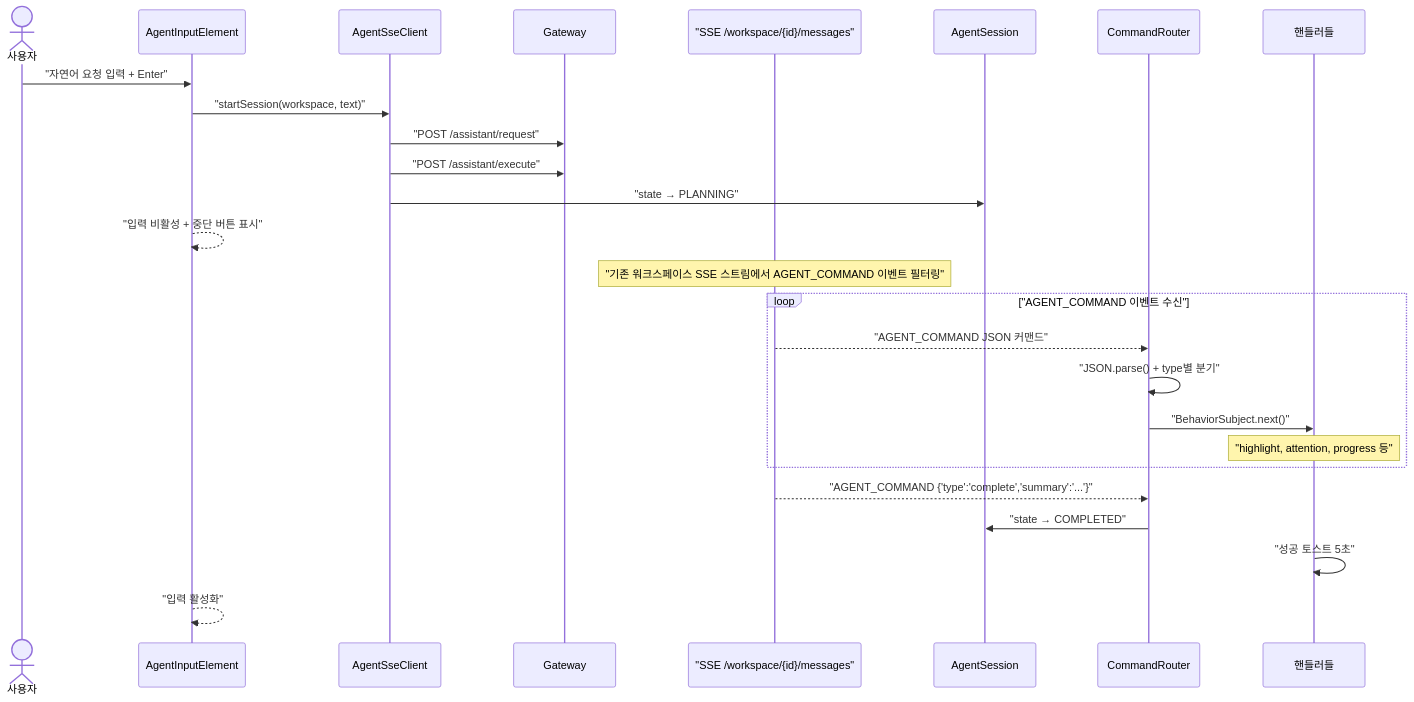
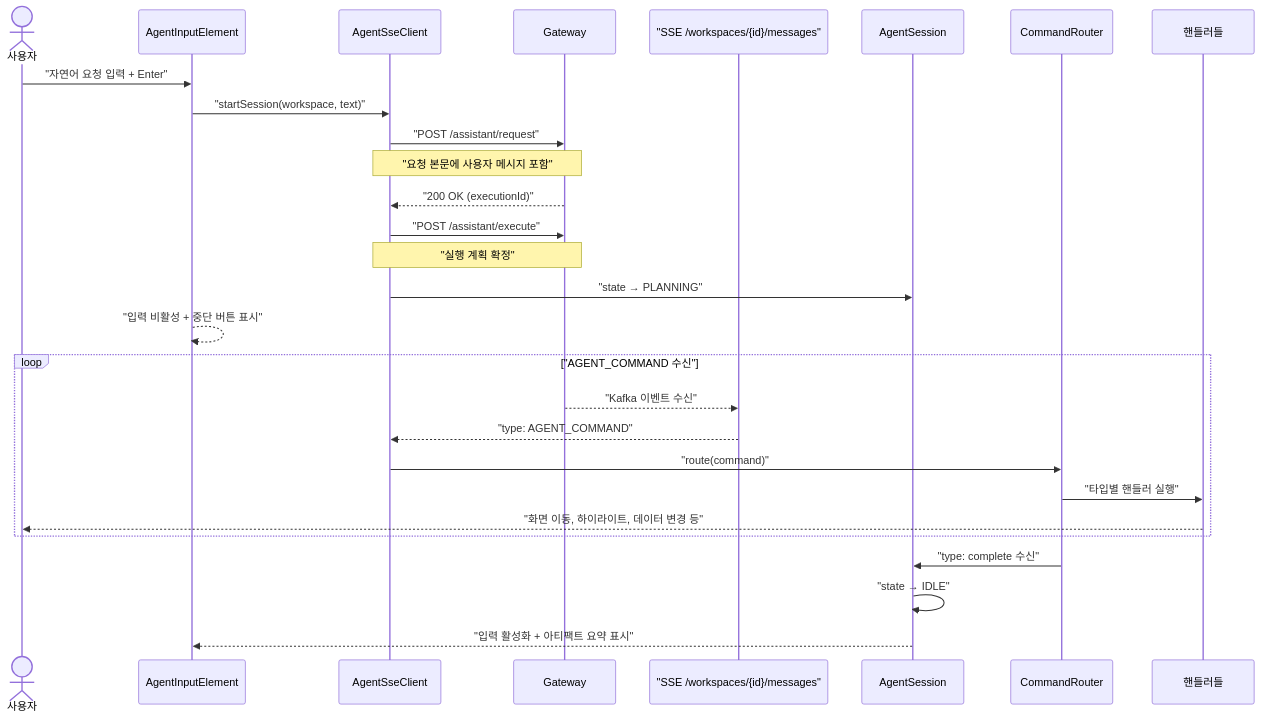
One commit to sayaya1090/handbook changed the first of 2 diagrams in agent-ui/USECASE.md. Above: the diagram before and after it, drawn with Mermaid. The commit also changed other lines of this file and 58 other files, not shown here.

````diff
--- a/agent-ui/USECASE.md
+++ b/agent-ui/USECASE.md
@@ -5,32 +7,34 @@
 ```mermaid
 sequenceDiagram
     actor User as 사용자
     participant Input as AgentInputElement
     participant Client as AgentSseClient
     participant GW as Gateway
-    participant SSE as "SSE /workspace/{id}/messages"
+    participant SSE as "SSE /workspaces/{id}/messages"
     participant Session as AgentSession
     participant Router as CommandRouter
     participant Handlers as 핸들러들
 
     User->>Input: "자연어 요청 입력 + Enter"
     Input->>Client: "startSession(workspace, text)"
     Client->>GW: "POST /assistant/request"
+    Note over Client,GW: "요청 본문에 사용자 메시지 포함"
+    GW-->>Client: "200 OK (executionId)"
+    
     Client->>GW: "POST /assistant/execute"
+    Note over Client,GW: "실행 계획 확정"
     Client->>Session: "state → PLANNING"
     Input-->>Input: "입력 비활성 + 중단 버튼 표시"
 
-    Note over SSE: "기존 워크스페이스 SSE 스트림에서 AGENT_COMMAND 이벤트 필터링"
-
-    loop "AGENT_COMMAND 이벤트 수신"
-        SSE-->>Router: "AGENT_COMMAND JSON 커맨드"
-        Router->>Router: "JSON.parse() + type별 분기"
-        Router->>Handlers: "BehaviorSubject.next()"
-        Note over Handlers: "highlight, attention, progress 등"
+    loop "AGENT_COMMAND 수신"
+        GW-->>SSE: "Kafka 이벤트 수신"
+        SSE-->>Client: "type: AGENT_COMMAND"
+        Client->>Router: "route(command)"
+        Router->>Handlers: "타입별 핸들러 실행"
+        Handlers-->>User: "화면 이동, 하이라이트, 데이터 변경 등"
     end
 
-    SSE-->>Router: "AGENT_COMMAND {'type':'complete','summary':'...'}"
-    Router->>Session: "state → COMPLETED"
-    Handlers->>Handlers: "성공 토스트 5초"
-    Input-->>Input: "입력 활성화"
+    Router->>Session: "type: complete 수신"
+    Session->>Session: "state → IDLE"
+    Session-->>Input: "입력 활성화 + 아티팩트 요약 표시"
 ```
````
